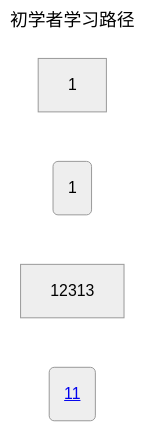
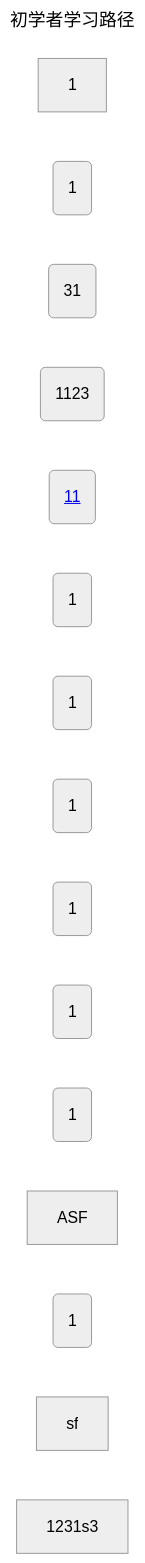
One commit to ICrazybabyI/note changed the first of 2 diagrams in linux_note/README_linux.md. Above: the diagram before and after it, drawn with Mermaid (neutral theme).

Commit message:
vault backup: 2026-06-15 11:04:50

````diff
--- a/linux_note/README_linux.md
+++ b/linux_note/README_linux.md
@@ -11,23 +11,25 @@
 ```mermaid
 ---
 title:   初学者学习路径
 ---
 graph LR
 	git("<a href="git.md">11</a>")
+123("1")
+125("31")
 
-
-
+123("1123")
+1234("1123")
 	
 1
 123("1")
-123("1")
-123("1")
-123("1")
-123("1")
-123("1")
-123("1")
-
-
-
-12313
+12asd("1")
+1gfd3("1")
+1asd3("1")
+12g3("1")
+12asd3d("1")
+1df23("1")
+ASF
+1sd23("1")
+sf
+1231s3
 ```
````
